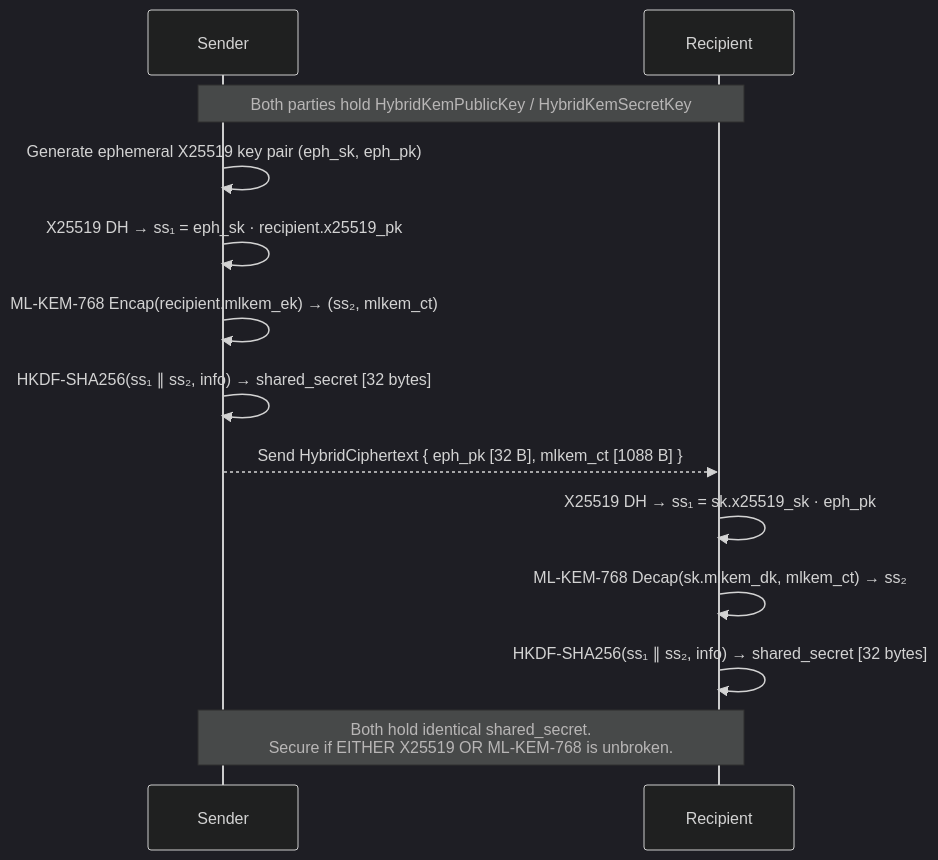
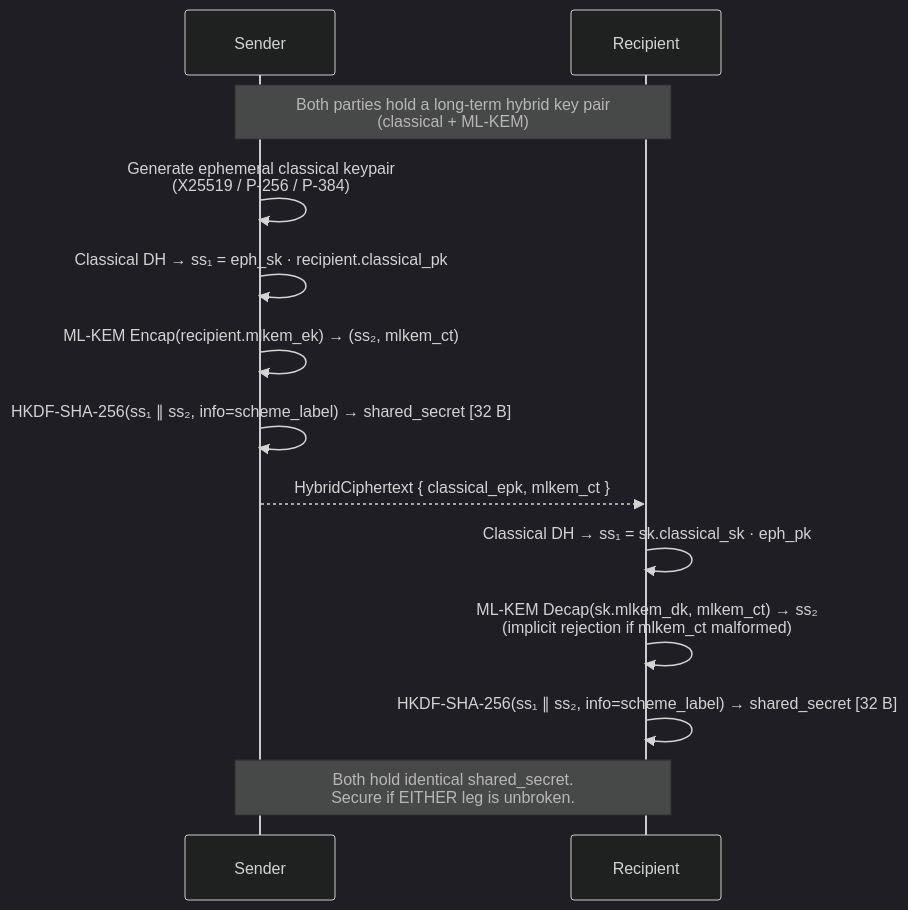
The third of 18 diagrams in README.md (sonoransun/multicraton-hsm-testnet), drawn with Mermaid (dark theme) before and after one commit. The commit also changed other lines of this file and 23 other files, not shown here.

````diff
--- a/README.md
+++ b/README.md
@@ -137,20 +155,20 @@
 ```mermaid
 sequenceDiagram
     participant S as Sender
     participant R as Recipient
 
-    Note over S,R: Both parties hold HybridKemPublicKey / HybridKemSecretKey
+    Note over S,R: Both parties hold a long-term hybrid key pair<br/>(classical + ML-KEM)
 
-    S->>S: Generate ephemeral X25519 key pair (eph_sk, eph_pk)
-    S->>S: X25519 DH → ss₁ = eph_sk · recipient.x25519_pk
-    S->>S: ML-KEM-768 Encap(recipient.mlkem_ek) → (ss₂, mlkem_ct)
-    S->>S: HKDF-SHA256(ss₁ ∥ ss₂, info) → shared_secret  [32 bytes]
+    S->>S: Generate ephemeral classical keypair<br/>(X25519 / P-256 / P-384)
+    S->>S: Classical DH → ss₁ = eph_sk · recipient.classical_pk
+    S->>S: ML-KEM Encap(recipient.mlkem_ek) → (ss₂, mlkem_ct)
+    S->>S: HKDF-SHA-256(ss₁ ∥ ss₂, info=scheme_label) → shared_secret [32 B]
 
-    S-->>R: Send HybridCiphertext { eph_pk [32 B], mlkem_ct [1088 B] }
+    S-->>R: HybridCiphertext { classical_epk, mlkem_ct }
 
-    R->>R: X25519 DH → ss₁ = sk.x25519_sk · eph_pk
-    R->>R: ML-KEM-768 Decap(sk.mlkem_dk, mlkem_ct) → ss₂
-    R->>R: HKDF-SHA256(ss₁ ∥ ss₂, info) → shared_secret  [32 bytes]
+    R->>R: Classical DH → ss₁ = sk.classical_sk · eph_pk
+    R->>R: ML-KEM Decap(sk.mlkem_dk, mlkem_ct) → ss₂<br/>(implicit rejection if mlkem_ct malformed)
+    R->>R: HKDF-SHA-256(ss₁ ∥ ss₂, info=scheme_label) → shared_secret [32 B]
 
-    Note over S,R: Both hold identical shared_secret.<br/>Secure if EITHER X25519 OR ML-KEM-768 is unbroken.
+    Note over S,R: Both hold identical shared_secret.<br/>Secure if EITHER leg is unbroken.
 ```
````
